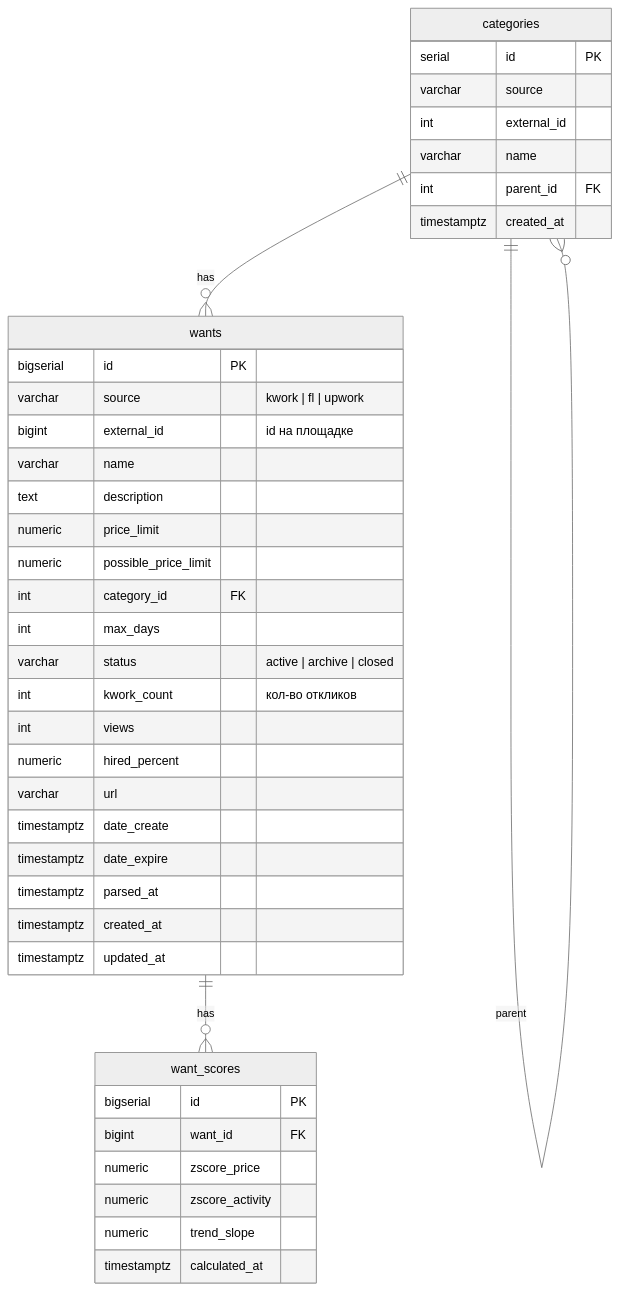
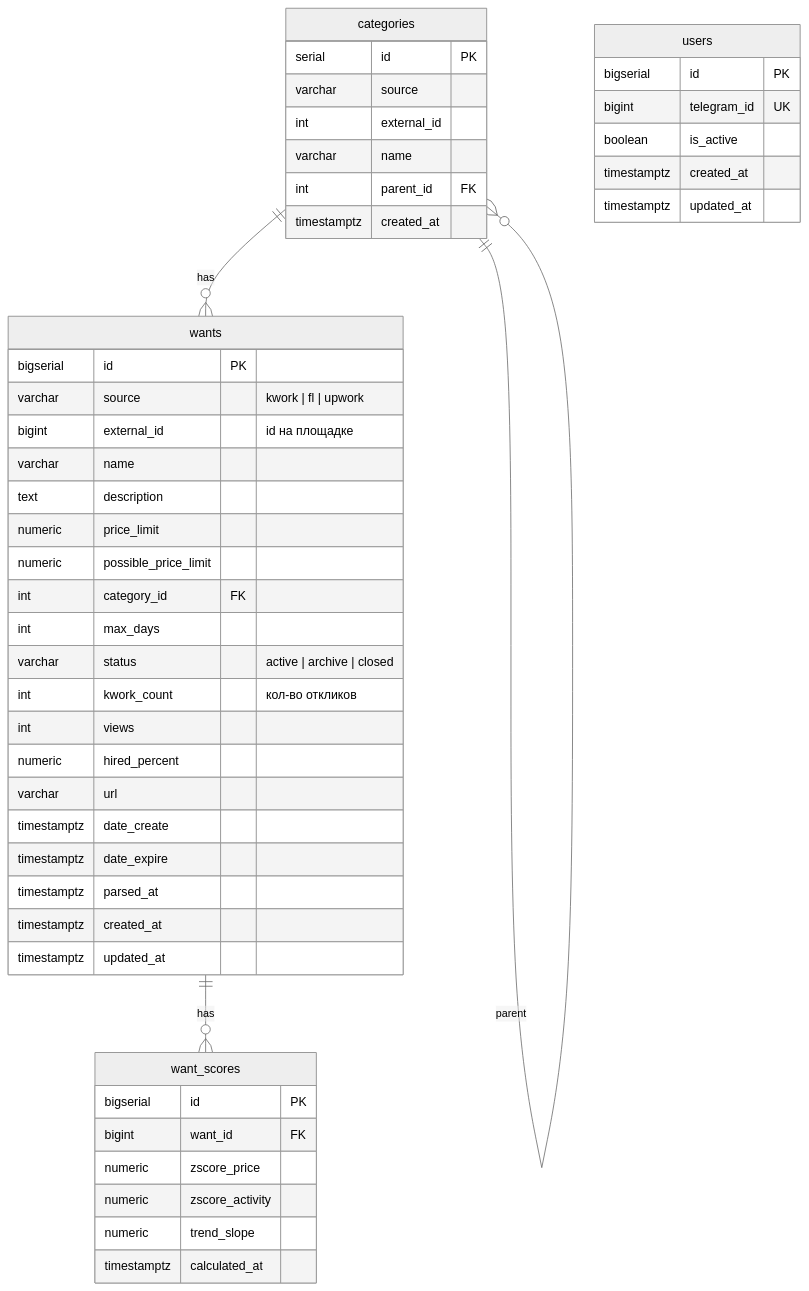
One commit to leadar-dev/documentation changed the first of 2 diagrams in DATABASE.md. Above: the diagram before and after it, drawn with Mermaid (neutral theme). The commit also changed other lines of this file and 17 other files, not shown here.

````diff
--- a/DATABASE.md
+++ b/DATABASE.md
@@ -21,46 +23,54 @@
 ```mermaid
 erDiagram
     wants {
         bigserial id PK
         varchar source "kwork | fl | upwork"
         bigint external_id "id на площадке"
         varchar name
         text description
         numeric price_limit
         numeric possible_price_limit
         int category_id FK
         int max_days
         varchar status "active | archive | closed"
         int kwork_count "кол-во откликов"
         int views
         numeric hired_percent
         varchar url
         timestamptz date_create
         timestamptz date_expire
         timestamptz parsed_at
         timestamptz created_at
         timestamptz updated_at
     }
 
     categories {
         serial id PK
         varchar source
         int external_id
         varchar name
         int parent_id FK
         timestamptz created_at
     }
 
     want_scores {
         bigserial id PK
         bigint want_id FK
         numeric zscore_price
         numeric zscore_activity
         numeric trend_slope
         timestamptz calculated_at
     }
 
+    users {
+        bigserial id PK
+        bigint telegram_id UK
+        boolean is_active
+        timestamptz created_at
+        timestamptz updated_at
+    }
+
     wants ||--o{ want_scores : "has"
     categories ||--o{ wants : "has"
     categories ||--o{ categories : "parent"
 ```
````
